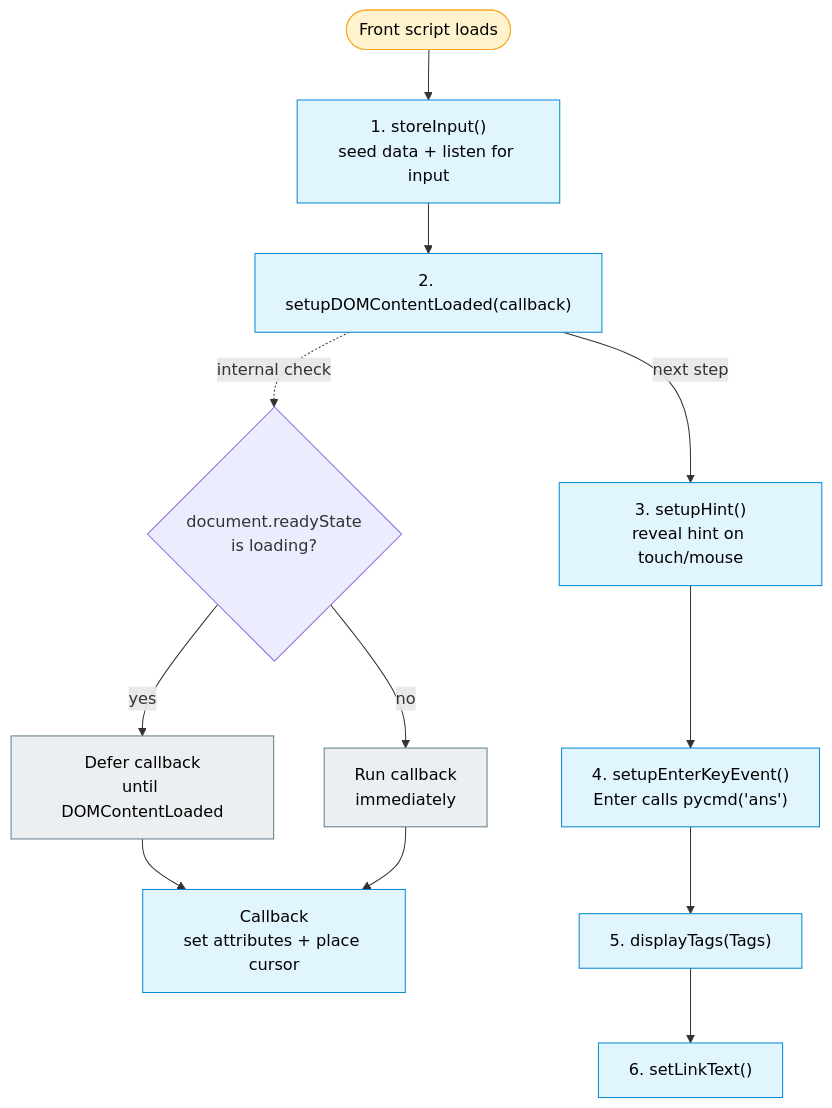
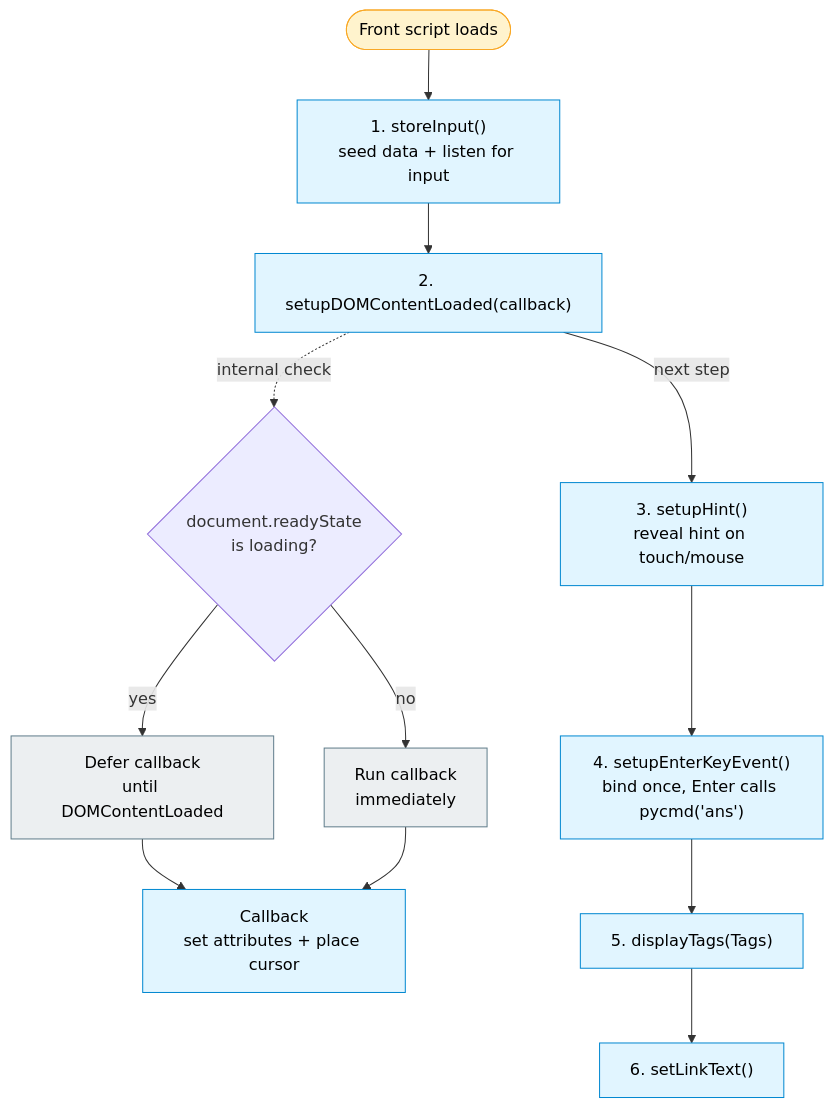
Before and after one commit to muhsinali/anki_templates: the first of 2 diagrams in documentation/architecture-diagrams/06-card-lifecycles.md, drawn with Mermaid. The commit also changed other lines of this file and 28 other files, not shown here.

````diff
--- a/documentation/architecture-diagrams/06-card-lifecycles.md
+++ b/documentation/architecture-diagrams/06-card-lifecycles.md
@@ -11,40 +11,40 @@
 ```mermaid
 flowchart TB
     front_load(["Front script loads"])
     seed_data["1. storeInput()<br/>seed data + listen for input"]
     dom_setup["2. setupDOMContentLoaded(callback)"]
     dom_ready{"document.readyState<br/>is loading?"}
     defer_callback["Defer callback<br/>until DOMContentLoaded"]
     run_callback["Run callback<br/>immediately"]
     prepare_inputs["Callback<br/>set attributes + place cursor"]
     setup_hint["3. setupHint()<br/>reveal hint on touch/mouse"]
-    setup_enter["4. setupEnterKeyEvent()<br/>Enter calls pycmd('ans')"]
+    setup_enter["4. setupEnterKeyEvent()<br/>bind once, Enter calls pycmd('ans')"]
     display_tags["5. displayTags(Tags)"]
     set_link["6. setLinkText()"]
 
     %% First, create the front-to-back state channel.
     front_load --> seed_data
     seed_data --> dom_setup
 
     %% Then decide when DOM-touching work can run.
     dom_setup -.->|internal check| dom_ready
     dom_ready -->|yes| defer_callback
     dom_ready -->|no| run_callback
     defer_callback --> prepare_inputs
     run_callback --> prepare_inputs
 
     %% Continue the entry-point call order.
     dom_setup -->|next step| setup_hint
     setup_hint --> setup_enter
     setup_enter --> display_tags
     display_tags --> set_link
 
     classDef entry fill:#fff3cd,stroke:#f9a825,color:#000;
     classDef process fill:#e1f5ff,stroke:#0288d1,color:#000;
     classDef branch fill:#eceff1,stroke:#607d8b,color:#000;
 
     class front_load entry;
     class seed_data,dom_setup,prepare_inputs process;
     class setup_hint,setup_enter,display_tags,set_link process;
     class defer_callback,run_callback branch;
 ```
````
